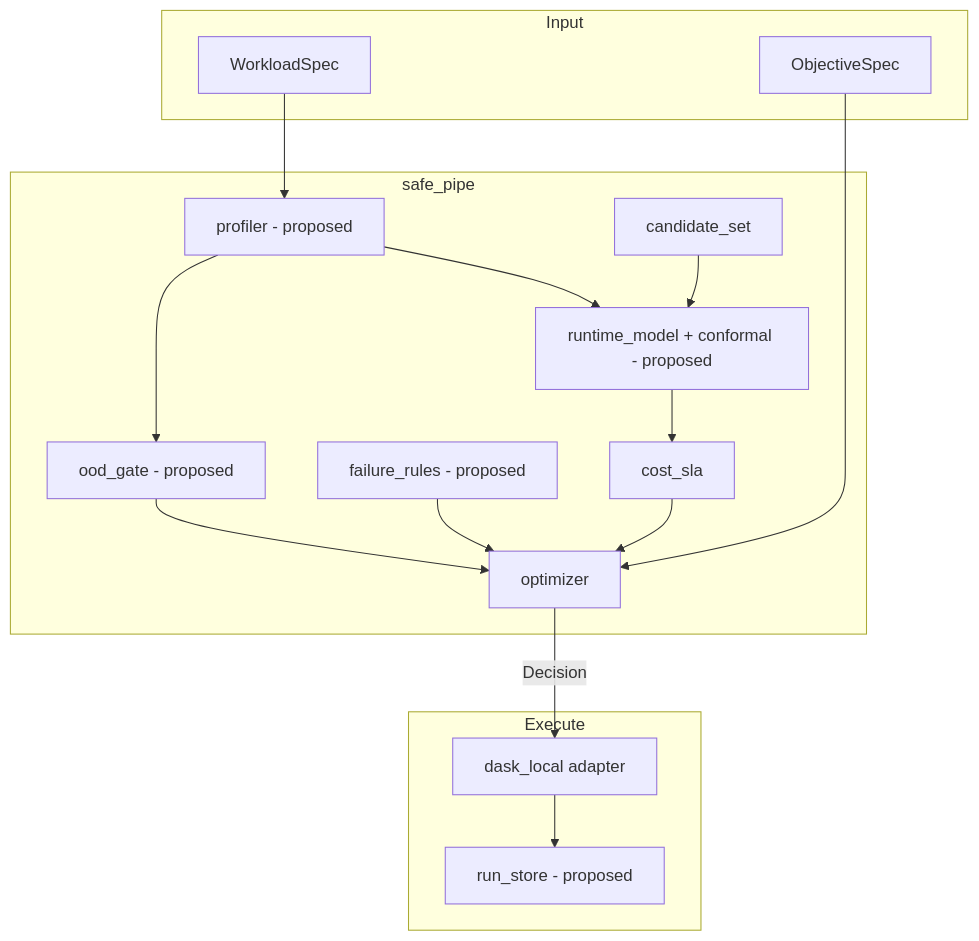
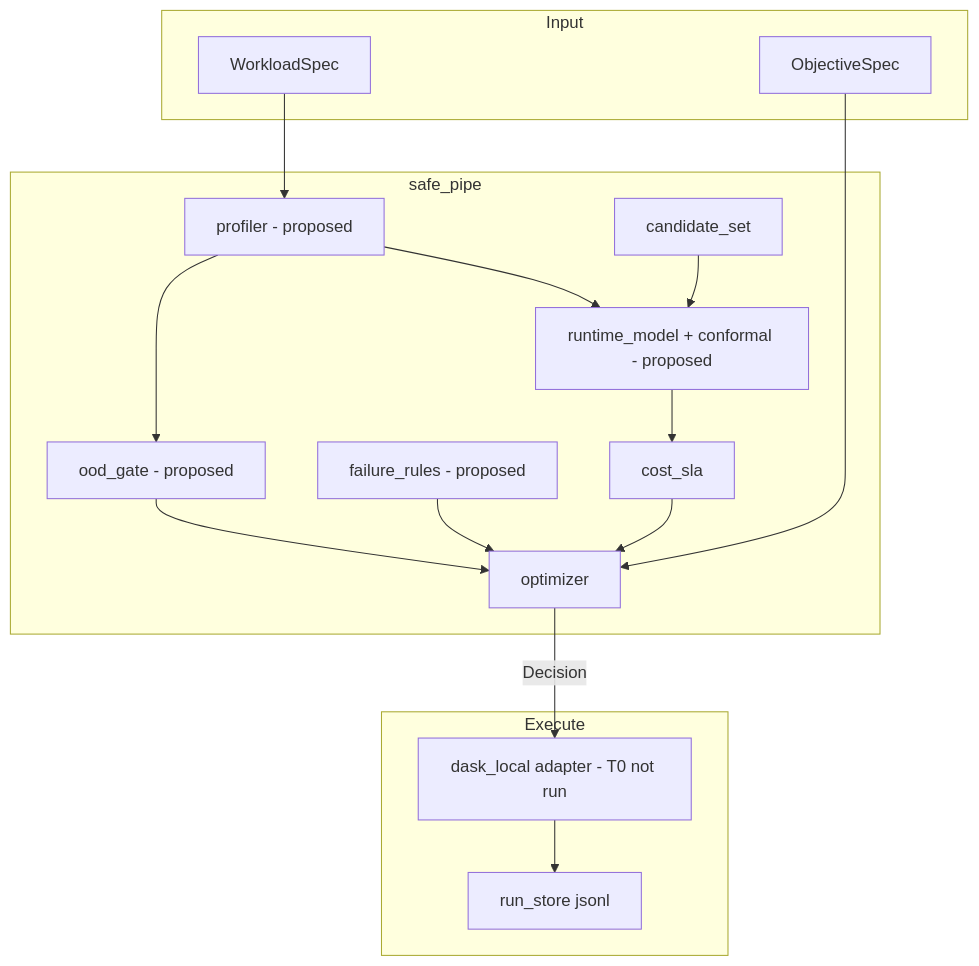
Before and after one commit to Aggdaksh/SAFE-Pipe1: the second of 2 diagrams in docs/ARCHITECTURE.md, drawn with Mermaid. The commit also changed other lines of this file and 41 other files, not shown here.

````diff
--- a/docs/ARCHITECTURE.md
+++ b/docs/ARCHITECTURE.md
@@ -35,31 +35,31 @@
 ```mermaid
 flowchart TD
   subgraph in [Input]
     WS[WorkloadSpec]
     OS[ObjectiveSpec]
   end
 
   subgraph core [safe_pipe]
     prof[profiler - proposed]
     cand[candidate_set]
     ood[ood_gate - proposed]
     rt[runtime_model + conformal - proposed]
     rules[failure_rules - proposed]
     cost[cost_sla]
     opt[optimizer]
   end
 
   subgraph exec [Execute]
-    adp[dask_local adapter]
-    store[run_store - proposed]
+    adp[dask_local adapter - T0 not run]
+    store[run_store jsonl]
   end
 
   WS --> prof --> ood
   cand --> rt
   prof --> rt
   ood --> opt
   rt --> cost --> opt
   rules --> opt
   OS --> opt
   opt -->|Decision| adp --> store
 ```
````
